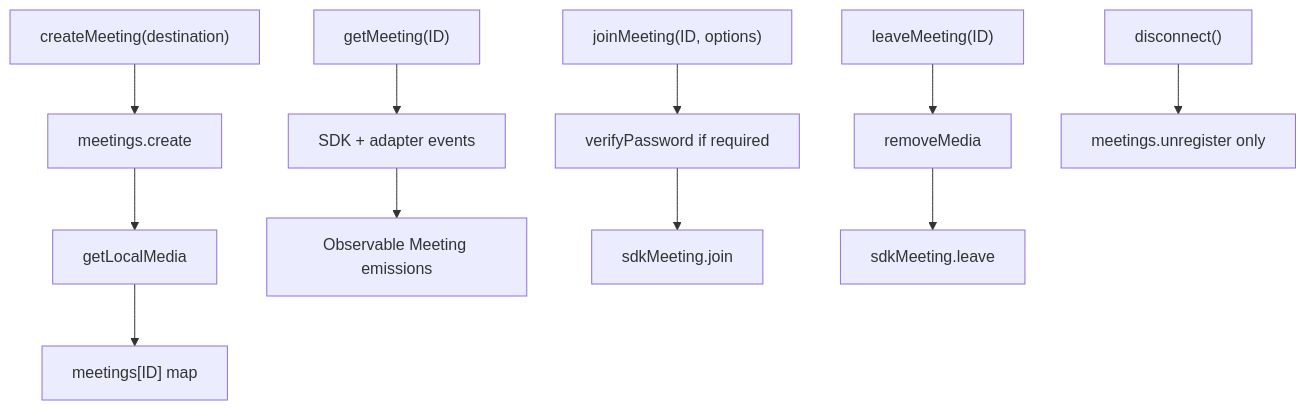
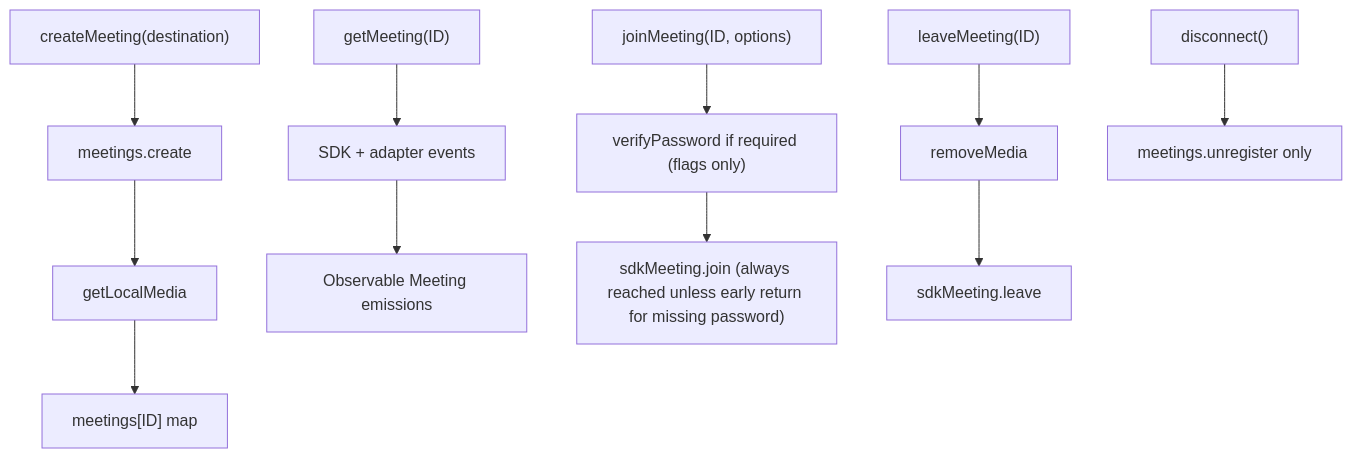
One commit to webex/sdk-component-adapter changed the first of 8 diagrams in src/ai-docs/meetings-sdk-adapter-spec.md. Above: the diagram before and after it, drawn with Mermaid. The commit also changed other lines of this file and 10 other files, not shown here.

````diff
--- a/src/ai-docs/meetings-sdk-adapter-spec.md
+++ b/src/ai-docs/meetings-sdk-adapter-spec.md
@@ -132,13 +144,13 @@
 ```mermaid
 flowchart TD
   create["createMeeting(destination)"] --> sdkCreate["meetings.create"]
   sdkCreate --> localMedia["getLocalMedia"]
   localMedia --> store["meetings[ID] map"]
   getM["getMeeting(ID)"] --> events["SDK + adapter events"]
   events --> emit["Observable Meeting emissions"]
-  join["joinMeeting(ID, options)"] --> verify["verifyPassword if required"]
-  verify --> sdkJoin["sdkMeeting.join"]
+  join["joinMeeting(ID, options)"] --> verify["verifyPassword if required (flags only)"]
+  verify --> sdkJoin["sdkMeeting.join (always reached unless early return for missing password)"]
   leave["leaveMeeting(ID)"] --> rm["removeMedia"]
   rm --> sdkLeave["sdkMeeting.leave"]
   disc["disconnect()"] --> unreg["meetings.unregister only"]
 ```
````
